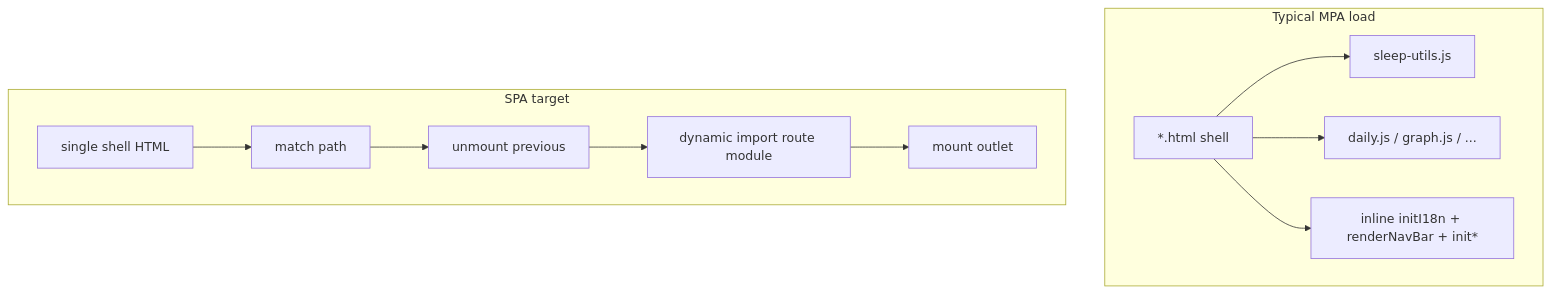
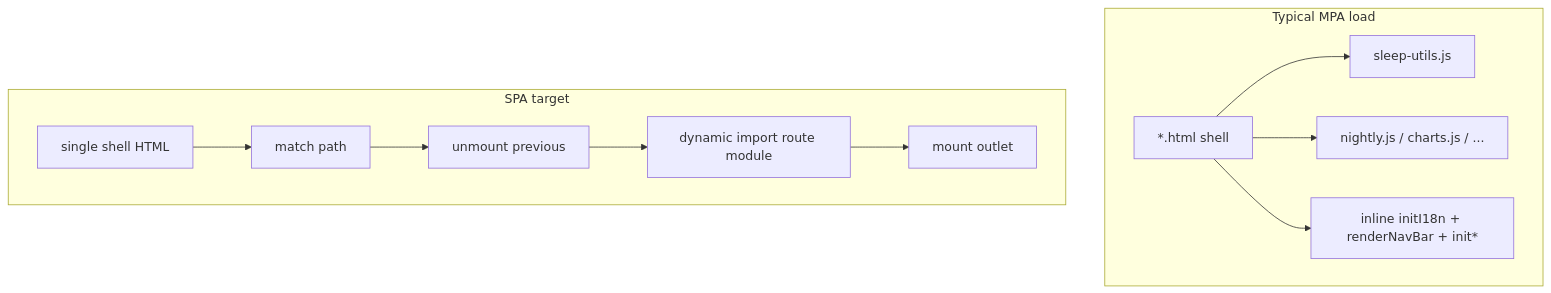
The diagram in .cursor/plans/mpa_to_spa_path_9cf9cebf.plan.md (rsairu/sleep), drawn with Mermaid before and after one commit. The commit also changed other lines of this file and 19 other files, not shown here.

````diff
--- a/.cursor/plans/mpa_to_spa_path_9cf9cebf.plan.md
+++ b/.cursor/plans/mpa_to_spa_path_9cf9cebf.plan.md
@@ -79,16 +85,16 @@
 ```mermaid
 flowchart TB
   subgraph load [Typical MPA load]
     HTML[*.html shell]
     HTML --> SU[sleep-utils.js]
-    HTML --> Optional[daily.js / graph.js / ...]
+    HTML --> Optional[nightly.js / charts.js / ...]
     HTML --> Inline[inline initI18n + renderNavBar + init*]
   end
   subgraph spa [SPA target]
     Shell[single shell HTML]
     Shell --> Router[match path]
     Router --> Un[unmount previous]
     Un --> Imp[dynamic import route module]
     Imp --> Mount[mount outlet]
   end
 ```
````
